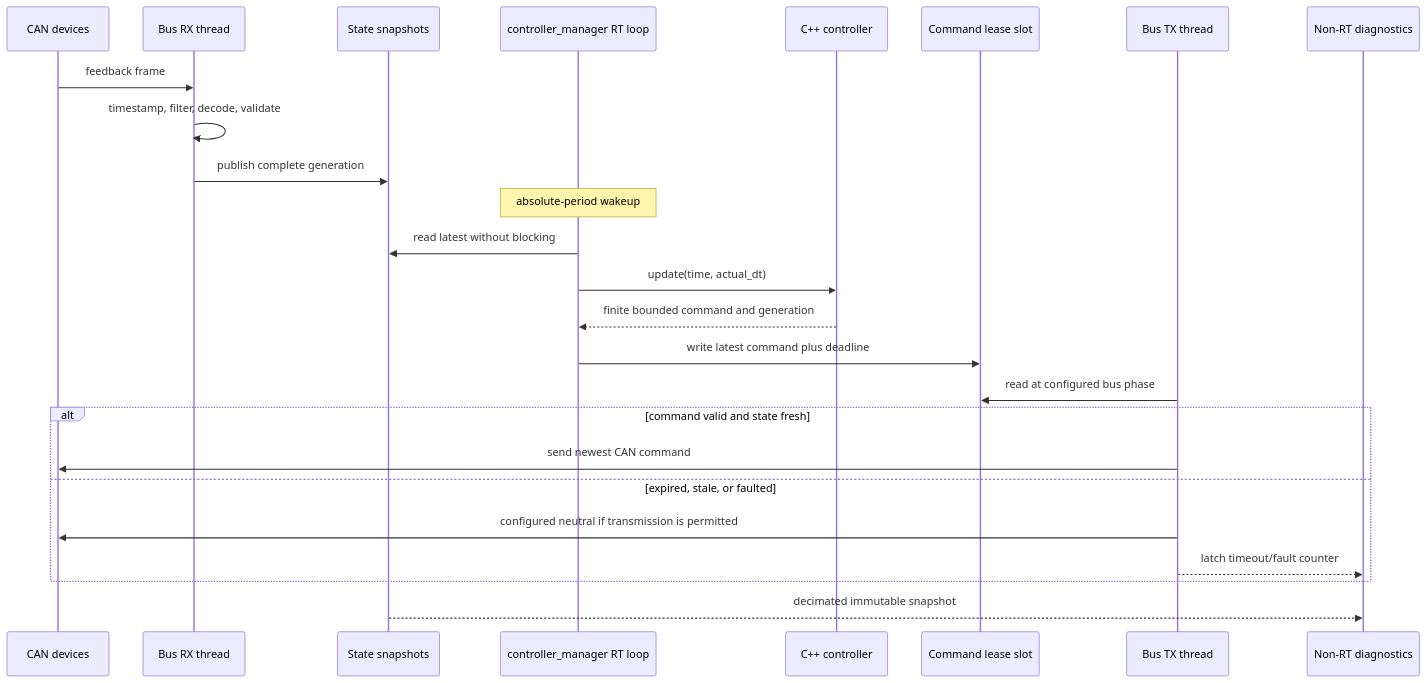
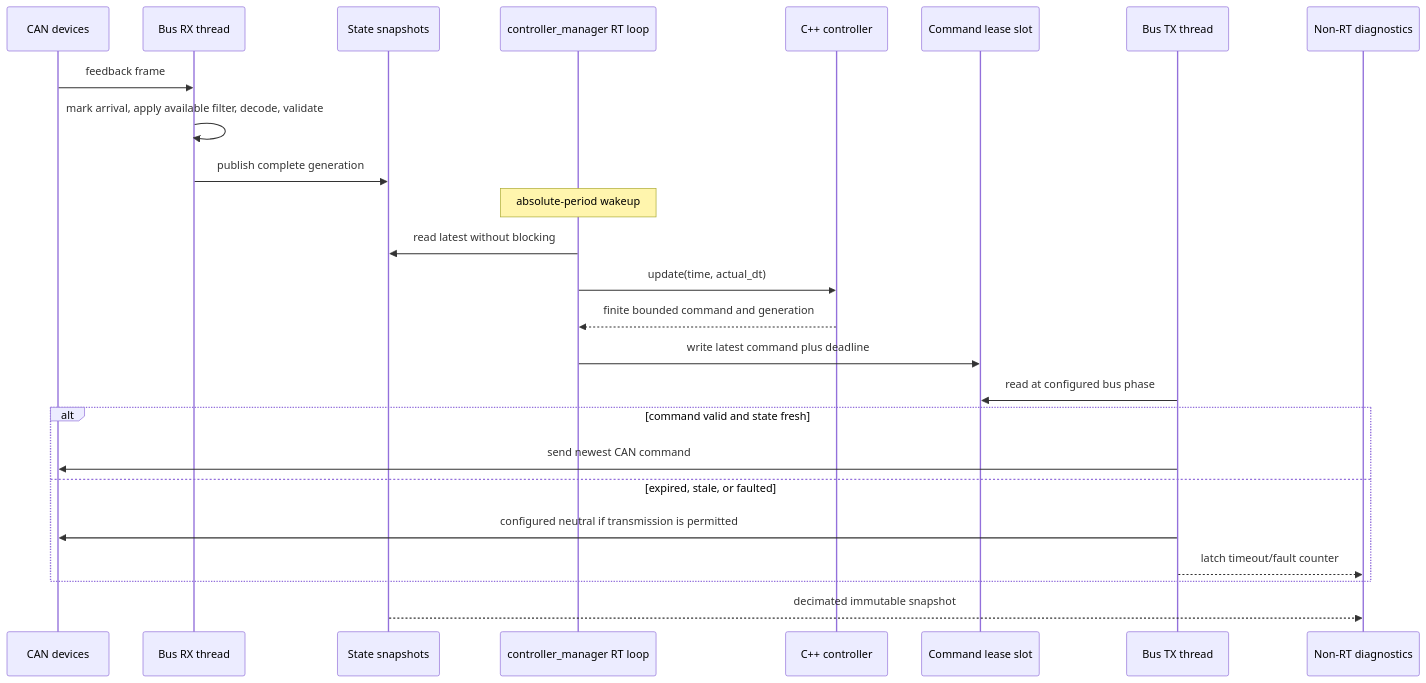
One commit to Makoto20S/jetson_mech_control changed the third of 5 diagrams in docs/planning/02_architecture_and_interfaces.md. Above: the diagram before and after it, drawn with Mermaid. The commit also changed other lines of this file and 14 other files, not shown here.

````diff
--- a/docs/planning/02_architecture_and_interfaces.md
+++ b/docs/planning/02_architecture_and_interfaces.md
@@ -271,28 +277,28 @@
 ```mermaid
 sequenceDiagram
     participant D as CAN devices
     participant RX as Bus RX thread
     participant S as State snapshots
     participant CM as controller_manager RT loop
     participant C as C++ controller
     participant Q as Command lease slot
     participant TX as Bus TX thread
     participant N as Non-RT diagnostics
 
     D->>RX: feedback frame
-    RX->>RX: timestamp, filter, decode, validate
+    RX->>RX: mark arrival, apply available filter, decode, validate
     RX->>S: publish complete generation
     Note over CM: absolute-period wakeup
     CM->>S: read latest without blocking
     CM->>C: update(time, actual_dt)
     C-->>CM: finite bounded command and generation
     CM->>Q: write latest command plus deadline
     TX->>Q: read at configured bus phase
     alt command valid and state fresh
         TX->>D: send newest CAN command
     else expired, stale, or faulted
         TX->>D: configured neutral if transmission is permitted
         TX-->>N: latch timeout/fault counter
     end
     S-->>N: decimated immutable snapshot
 ```
````
